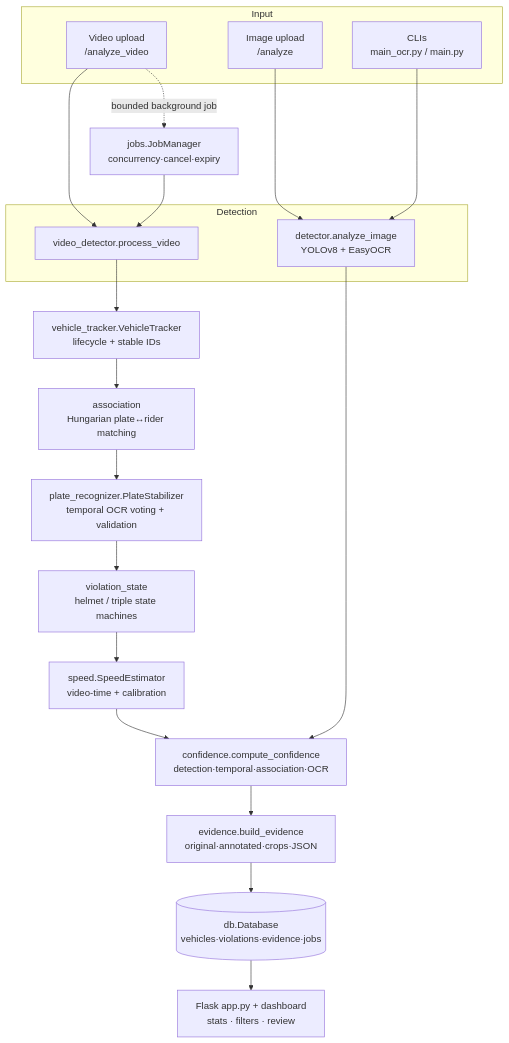
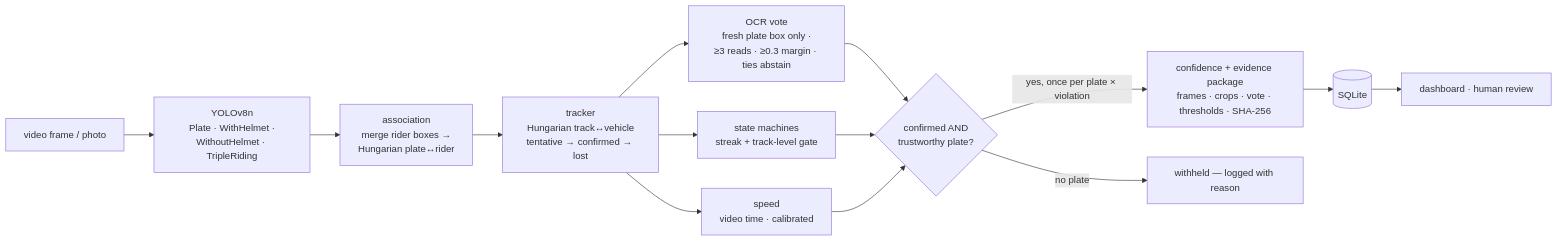
Before and after one commit to adivishall/two-wheeler-safety: the diagram in README.md, drawn with Mermaid. The commit also changed other lines of this file and 3 other files, not shown here.

````diff
--- a/README.md
+++ b/README.md
@@ -80,31 +24,15 @@
 ```mermaid
-flowchart TD
-    subgraph Input
-        IMG[Image upload<br/>/analyze]
-        VID[Video upload<br/>/analyze_video]
-        CLI[CLIs<br/>main_ocr.py / main.py]
-    end
-
-    IMG --> DET
-    CLI --> DET
-    VID --> VP
-
-    subgraph Detection
-        DET[detector.analyze_image<br/>YOLOv8 + EasyOCR]
-        VP[video_detector.process_video]
-    end
-
-    VP --> TRK[vehicle_tracker.VehicleTracker<br/>lifecycle + stable IDs]
-    TRK --> ASSOC[association<br/>Hungarian plate↔rider matching]
-    ASSOC --> OCR[plate_recognizer.PlateStabilizer<br/>temporal OCR voting + validation]
-    OCR --> STATE[violation_state<br/>helmet / triple state machines]
-    STATE --> SPEED[speed.SpeedEstimator<br/>video-time + calibration]
-    SPEED --> CONF[confidence.compute_confidence<br/>detection·temporal·association·OCR]
-    DET --> CONF
-    CONF --> EV[evidence.build_evidence<br/>original·annotated·crops·JSON]
-    EV --> DB[(db.Database<br/>vehicles·violations·evidence·jobs)]
-    DB --> WEB[Flask app.py + dashboard<br/>stats · filters · review]
-
-    VID -.bounded background job.-> JOBS[jobs.JobManager<br/>concurrency·cancel·expiry]
-    JOBS --> VP
+flowchart LR
+    V[video frame / photo] --> Y[YOLOv8n<br/>Plate · WithHelmet ·<br/>WithoutHelmet · TripleRiding]
+    Y --> A[association<br/>merge rider boxes →<br/>Hungarian plate↔rider]
+    A --> T[tracker<br/>Hungarian track↔vehicle<br/>tentative → confirmed → lost]
+    T --> O[OCR vote<br/>fresh plate box only ·<br/>≥3 reads · ≥0.3 margin · ties abstain]
+    T --> S[state machines<br/>streak + track-level gate]
+    T --> SP[speed<br/>video time · calibrated]
+    O --> D{confirmed AND<br/>trustworthy plate?}
+    S --> D
+    SP --> D
+    D -->|yes, once per plate × violation| E[confidence + evidence package<br/>frames · crops · vote · thresholds · SHA-256]
+    D -->|no plate| W[withheld — logged with reason]
+    E --> DB[(SQLite)] --> R[dashboard · human review]
 ```
````
